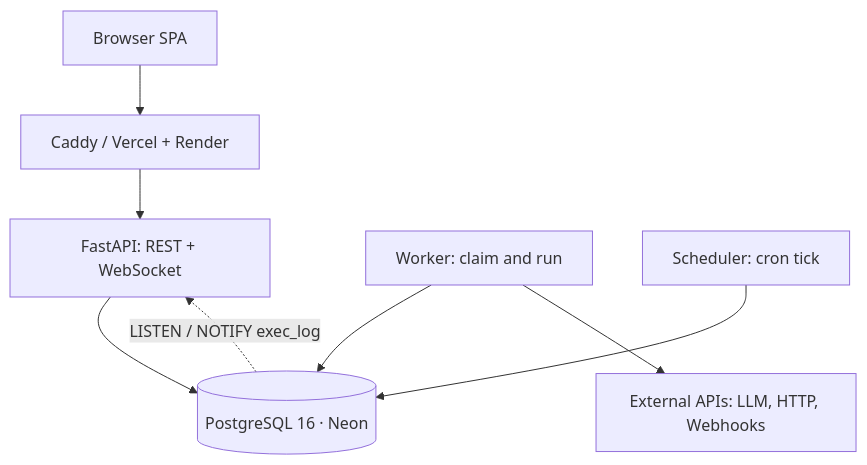
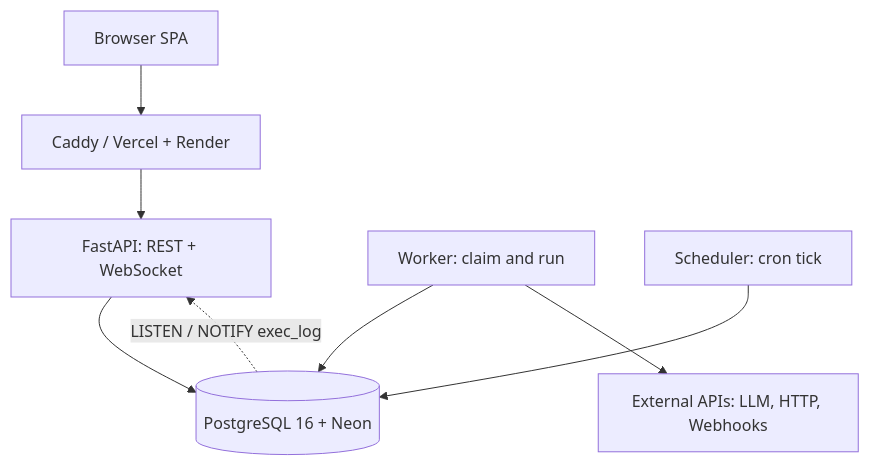
Before and after one commit to FELAGI0/FELAGI-FLOW: the first of 2 diagrams in README.md, drawn with Mermaid. The commit also changed other lines of this file and 120 other files, not shown here.

````diff
--- a/README.md
+++ b/README.md
@@ -45,10 +45,10 @@
 ```mermaid
 flowchart TD
     Client[Browser SPA] --> Edge[Caddy / Vercel + Render]
     Edge --> API[FastAPI: REST + WebSocket]
-    API --> DB[(PostgreSQL 16 · Neon)]
+    API --> DB[(PostgreSQL 16 + Neon)]
     Worker[Worker: claim and run] --> DB
     Scheduler[Scheduler: cron tick] --> DB
     Worker --> External[External APIs: LLM, HTTP, Webhooks]
     DB -.->|LISTEN / NOTIFY exec_log| API
 ```
````
